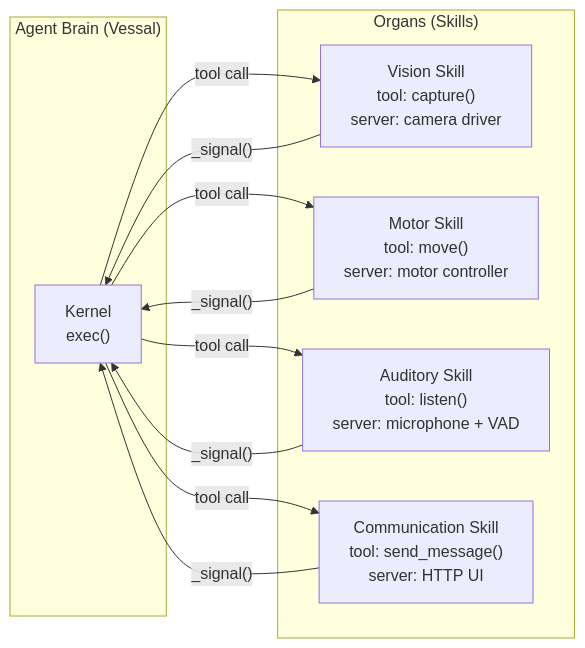
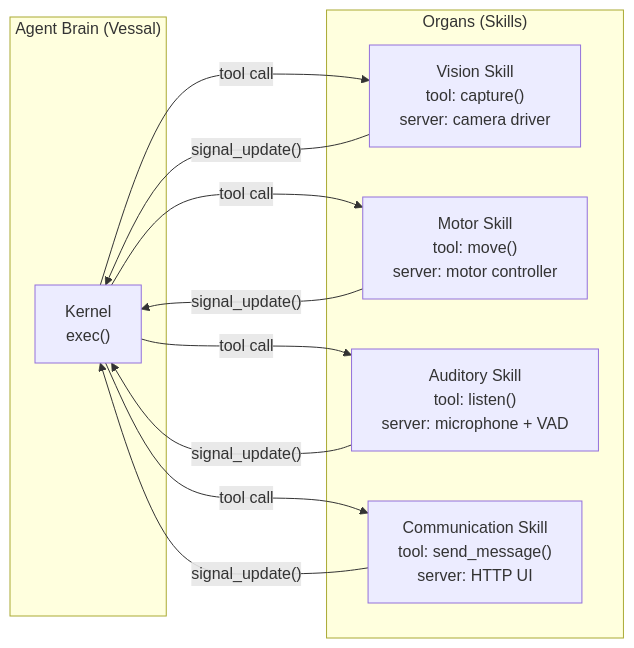
The third of 8 diagrams in references/whitepaper/05-embodiment.md (vessal-ai/vessal), drawn with Mermaid before and after one commit. The commit also changed other lines of this file and 10 other files, not shown here.

````diff
--- a/references/whitepaper/05-embodiment.md
+++ b/references/whitepaper/05-embodiment.md
@@ -116,23 +116,23 @@
 ```mermaid
 graph LR
     subgraph Brain["Agent Brain (Vessal)"]
         K["Kernel\nexec()"]
     end
 
     subgraph Organs["Organs (Skills)"]
         Eye["Vision Skill\ntool: capture()\nserver: camera driver"]
         Hand["Motor Skill\ntool: move()\nserver: motor controller"]
         Ear["Auditory Skill\ntool: listen()\nserver: microphone + VAD"]
         Chat["Communication Skill\ntool: send_message()\nserver: HTTP UI"]
     end
 
     K -->|"tool call"| Eye
     K -->|"tool call"| Hand
     K -->|"tool call"| Ear
     K -->|"tool call"| Chat
 
-    Eye -->|"_signal()"| K
-    Hand -->|"_signal()"| K
-    Ear -->|"_signal()"| K
-    Chat -->|"_signal()"| K
+    Eye -->|"signal_update()"| K
+    Hand -->|"signal_update()"| K
+    Ear -->|"signal_update()"| K
+    Chat -->|"signal_update()"| K
 ```
````
